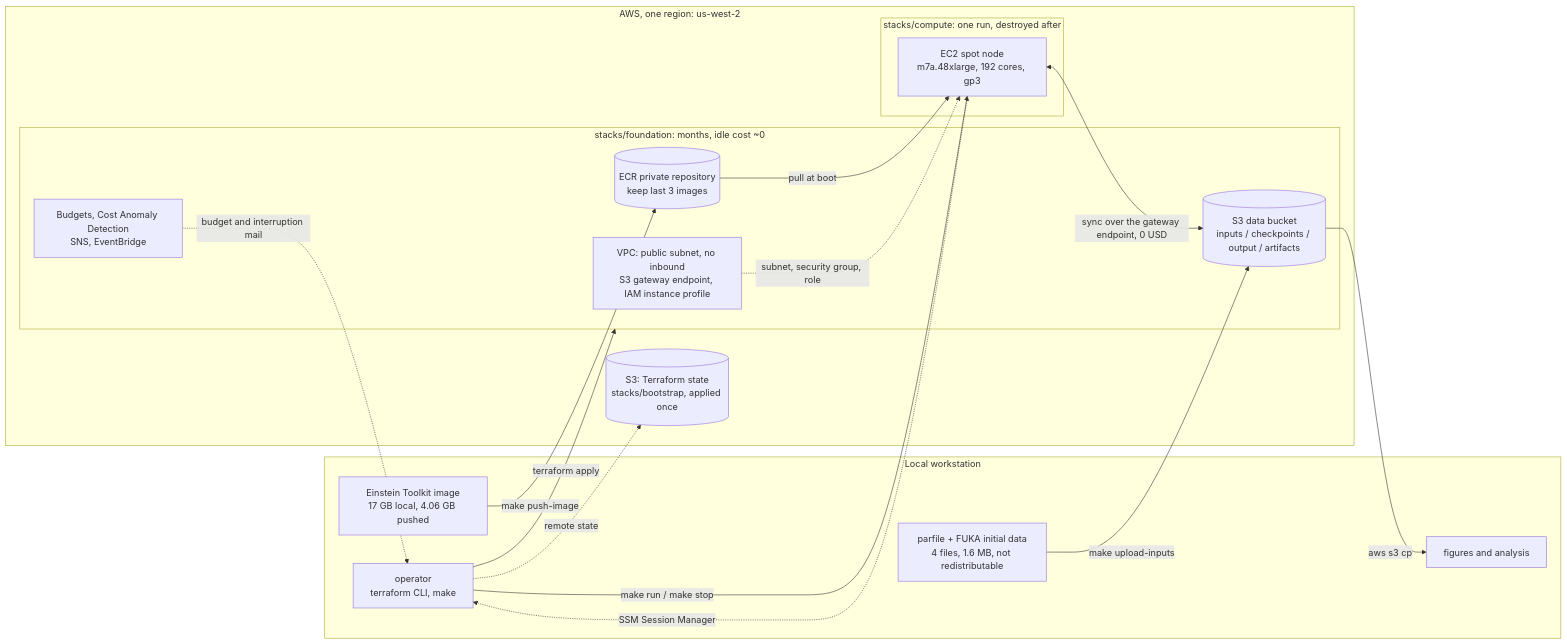
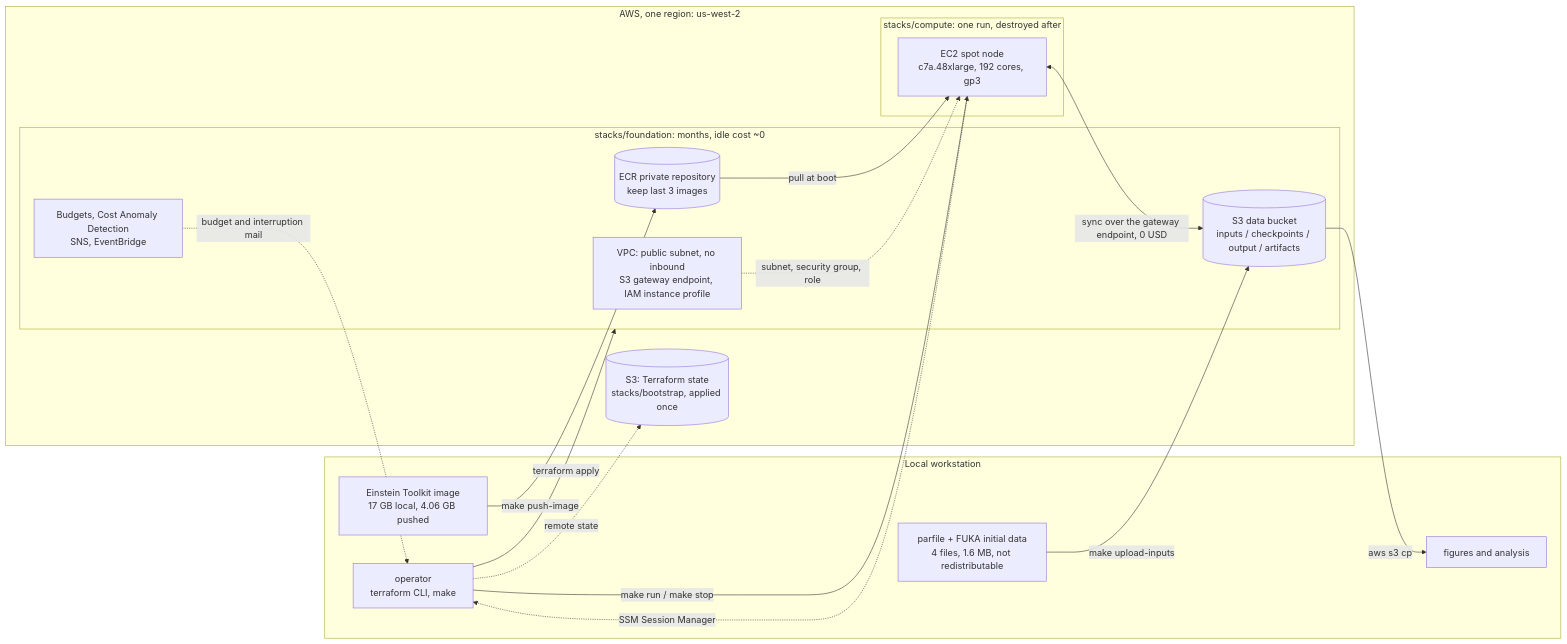
One commit to s-sasaki-earthsea-wizard/gw230529-einstein-toolkit-aws-tf changed the first of 2 diagrams in README.md. Above: the diagram before and after it, drawn with Mermaid. The commit also changed other lines of this file and 5 other files, not shown here.

````diff
--- a/README.md
+++ b/README.md
@@ -11,36 +11,36 @@
 ```mermaid
 flowchart LR
   subgraph WS["Local workstation"]
     OP["operator<br/>terraform CLI, make"]
     IMG["Einstein Toolkit image<br/>17 GB local, 4.06 GB pushed"]
     UP["parfile + FUKA initial data<br/>4 files, 1.6 MB, not redistributable"]
     RES["figures and analysis"]
   end
 
   subgraph AWS["AWS, one region: us-west-2"]
     STATE[("S3: Terraform state<br/>stacks/bootstrap, applied once")]
 
     subgraph FOUND["stacks/foundation: months, idle cost ~0"]
       ECR[("ECR private repository<br/>keep last 3 images")]
       DATA[("S3 data bucket<br/>inputs / checkpoints / output / artifacts")]
       NET["VPC: public subnet, no inbound<br/>S3 gateway endpoint, IAM instance profile"]
       GUARD["Budgets, Cost Anomaly Detection<br/>SNS, EventBridge"]
     end
 
     subgraph COMP["stacks/compute: one run, destroyed after"]
-      NODE["EC2 spot node<br/>m7a.48xlarge, 192 cores, gp3"]
+      NODE["EC2 spot node<br/>c7a.48xlarge, 192 cores, gp3"]
     end
   end
 
   IMG -->|make push-image| ECR
   UP -->|make upload-inputs| DATA
   OP -->|terraform apply| FOUND
   OP -->|make run / make stop| NODE
   OP -.->|remote state| STATE
   ECR -->|pull at boot| NODE
   NODE <-->|sync over the gateway endpoint, 0 USD| DATA
   NET -.->|subnet, security group, role| NODE
   NODE -.->|SSM Session Manager| OP
   GUARD -.->|budget and interruption mail| OP
   DATA -->|aws s3 cp| RES
 ```
````
